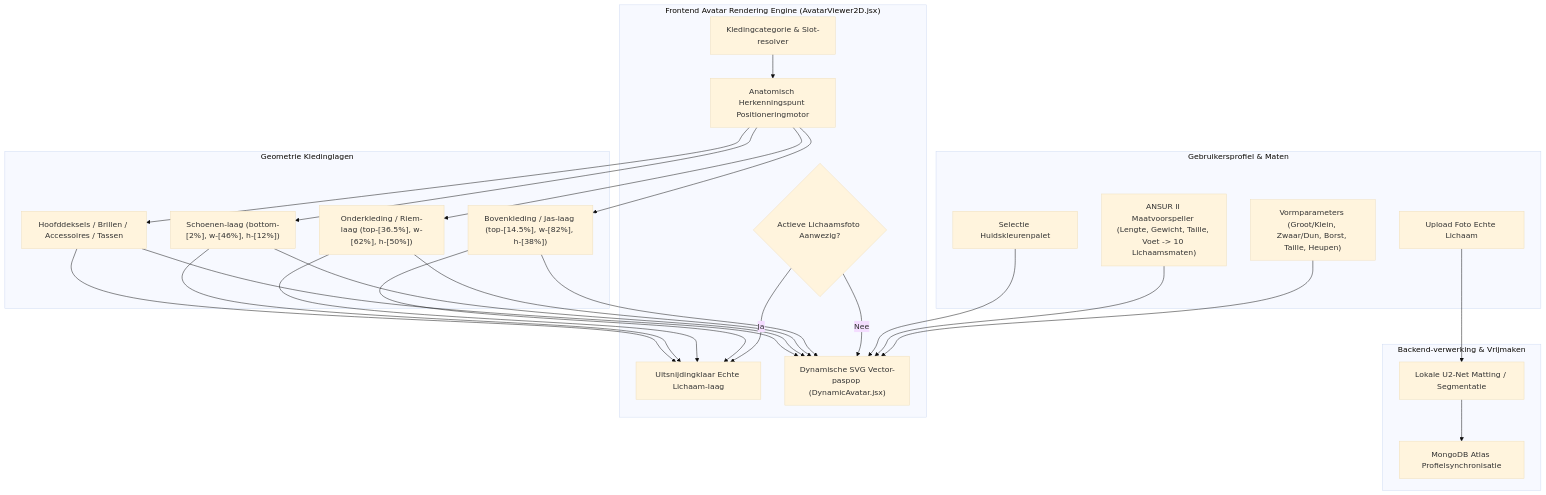
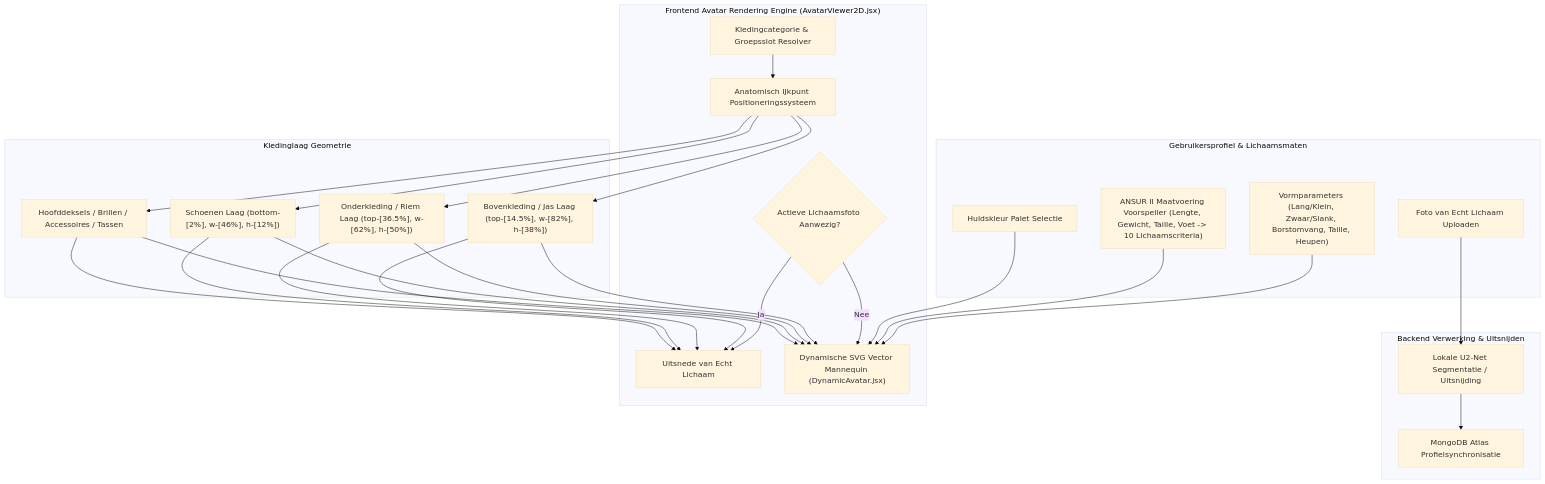
Before and after one commit to Yoram-Jacobs/DressAppV1: the diagram in wiki/nl/Avatar.md, drawn with Mermaid (base theme). The commit also changed other lines of this file and 11 other files, not shown here.

Commit message:
docs(i18n): translate Avatar.md architecture guide across all 12 supported languages

````diff
--- a/wiki/nl/Avatar.md
+++ b/wiki/nl/Avatar.md
@@ -17,41 +17,41 @@
 ```mermaid
 flowchart TD
-    subgraph UserProfile["Gebruikersprofiel & Maten"]
-        U_Photo["Upload Foto Echte Lichaam"]
-        U_Tone["Selectie Huidskleurenpalet"]
-        U_Params["Vormparameters (Groot/Klein, Zwaar/Dun, Borst, Taille, Heupen)"]
-        U_Sizing["ANSUR II Maatvoorspeller (Lengte, Gewicht, Taille, Voet -> 10 Lichaamsmaten)"]
+    subgraph UserProfile["Gebruikersprofiel & Lichaamsmaten"]
+        U_Photo["Foto van Echt Lichaam Uploaden"]
+        U_Tone["Huidskleur Palet Selectie"]
+        U_Params["Vormparameters (Lang/Klein, Zwaar/Slank, Borstomvang, Taille, Heupen)"]
+        U_Sizing["ANSUR II Maatvoering Voorspeller (Lengte, Gewicht, Taille, Voet -> 10 Lichaamscriteria)"]
     end
 
-    subgraph BackendIngest["Backend-verwerking & Vrijmaken"]
-        Rembg["Lokale U2-Net Matting / Segmentatie"]
+    subgraph BackendIngest["Backend Verwerking & Uitsnijden"]
+        Rembg["Lokale U2-Net Segmentatie / Uitsnijding"]
         Mongo["MongoDB Atlas Profielsynchronisatie"]
     end
 
     subgraph AvatarEngine["Frontend Avatar Rendering Engine (AvatarViewer2D.jsx)"]
         ModeCheck{"Actieve Lichaamsfoto Aanwezig?"}
-        PhotoView["Uitsnijdingklaar Echte Lichaam-laag"]
-        MannequinView["Dynamische SVG Vector-paspop (DynamicAvatar.jsx)"]
+        PhotoView["Uitsnede van Echt Lichaam"]
+        MannequinView["Dynamische SVG Vector Mannequin (DynamicAvatar.jsx)"]
         
-        GarmentResolver["Kledingcategorie & Slot-resolver"]
-        LandmarkCalc["Anatomisch Herkenningspunt Positioneringmotor"]
+        GarmentResolver["Kledingcategorie & Groepsslot Resolver"]
+        LandmarkCalc["Anatomisch IJkpunt Positioneringssysteem"]
     end
 
-    subgraph OverlayGeometry["Geometrie Kledinglagen"]
-        TopLayer["Bovenkleding / Jas-laag (top-[14.5%], w-[82%], h-[38%])"]
-        BottomLayer["Onderkleding / Riem-laag (top-[36.5%], w-[62%], h-[50%])"]
-        ShoesLayer["Schoenen-laag (bottom-[2%], w-[46%], h-[12%])"]
+    subgraph OverlayGeometry["Kledinglaag Geometrie"]
+        TopLayer["Bovenkleding / Jas Laag (top-[14.5%], w-[82%], h-[38%])"]
+        BottomLayer["Onderkleding / Riem Laag (top-[36.5%], w-[62%], h-[50%])"]
+        ShoesLayer["Schoenen Laag (bottom-[2%], w-[46%], h-[12%])"]
         AccessoryLayers["Hoofddeksels / Brillen / Accessoires / Tassen"]
     end
 
     U_Photo --> Rembg --> Mongo
     U_Params & U_Sizing --> MannequinView
     U_Tone --> MannequinView
     
     ModeCheck -- Ja --> PhotoView
     ModeCheck -- Nee --> MannequinView
 
     GarmentResolver --> LandmarkCalc
     LandmarkCalc --> TopLayer & BottomLayer & ShoesLayer & AccessoryLayers
     TopLayer & BottomLayer & ShoesLayer & AccessoryLayers --> PhotoView & MannequinView
 ```
````
